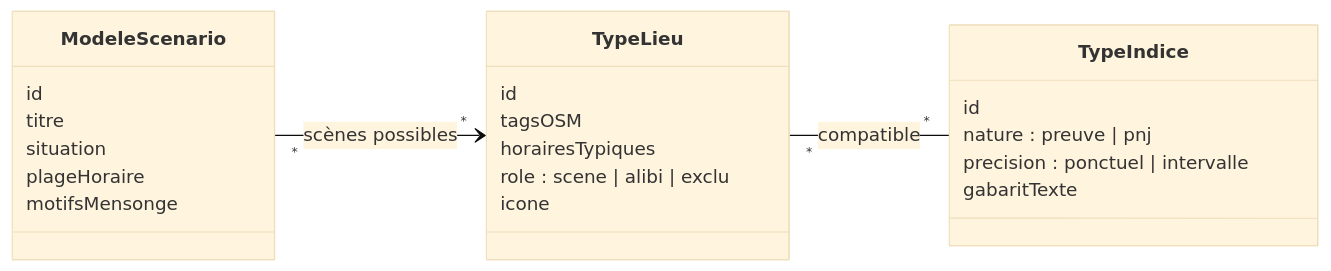
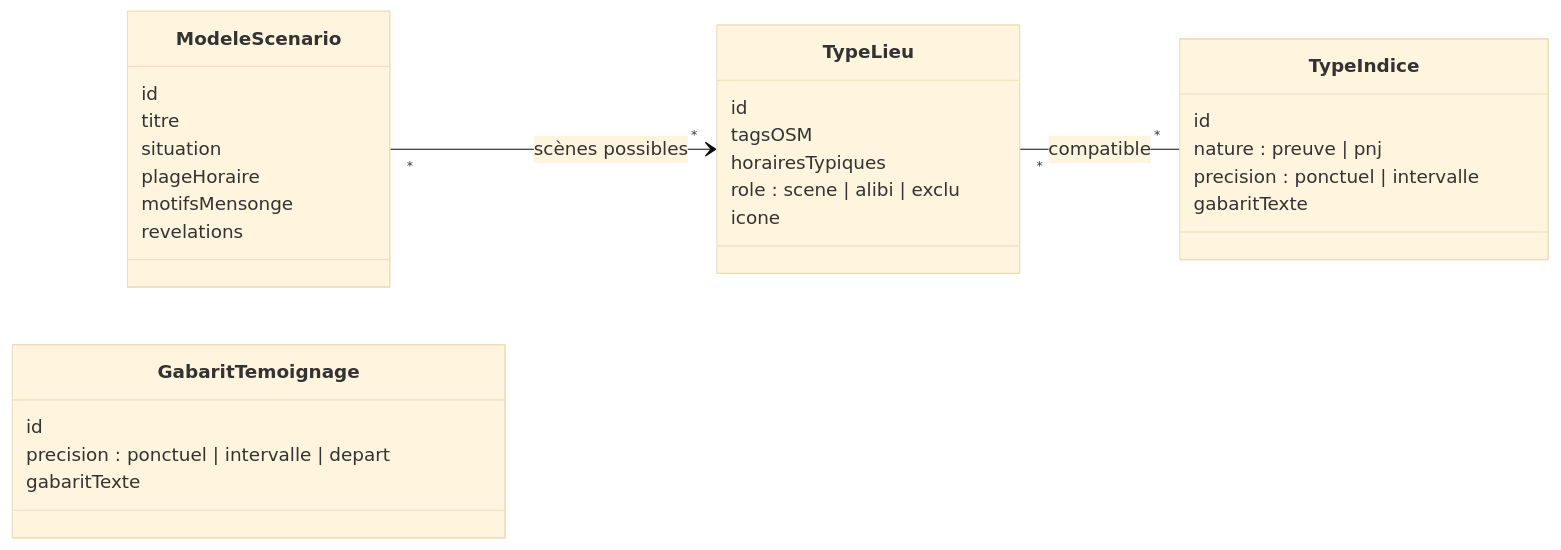
Before and after one commit to akartikus/pistouil: the first of 4 diagrams in docs/reference/DATA-MODEL.md, drawn with Mermaid (base theme). The commit also changed other lines of this file and 3 other files, not shown here.

````diff
--- a/docs/reference/DATA-MODEL.md
+++ b/docs/reference/DATA-MODEL.md
@@ -18,26 +18,32 @@
 ```mermaid
 classDiagram
   direction LR
   class TypeLieu {
     id
     tagsOSM
     horairesTypiques
     role : scene | alibi | exclu
     icone
   }
   class TypeIndice {
     id
     nature : preuve | pnj
     precision : ponctuel | intervalle
     gabaritTexte
   }
   class ModeleScenario {
     id
     titre
     situation
     plageHoraire
     motifsMensonge
+    revelations
+  }
+  class GabaritTemoignage {
+    id
+    precision : ponctuel | intervalle | depart
+    gabaritTexte
   }
   TypeLieu "*" -- "*" TypeIndice : compatible
   ModeleScenario "*" --> "*" TypeLieu : scènes possibles
 ```
````
